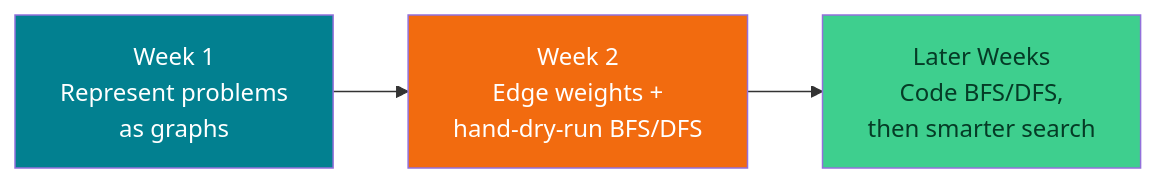
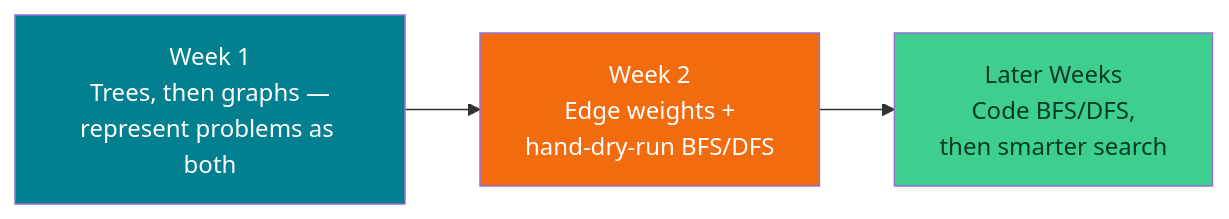
Before and after one commit to therishiraj/CSE276-AI-F: the second of 4 diagrams in Practicals/Week 1.md, drawn with Mermaid. The commit also changed other lines of this file, not shown here.

````diff
--- a/Practicals/Week 1.md
+++ b/Practicals/Week 1.md
@@ -71,8 +72,8 @@
 ```mermaid
 flowchart LR
-    W1["Week 1<br/>Represent problems<br/>as graphs"] --> W2["Week 2<br/>Edge weights +<br/>hand-dry-run BFS/DFS"]
+    W1["Week 1<br/>Trees, then graphs —<br/>represent problems as both"] --> W2["Week 2<br/>Edge weights +<br/>hand-dry-run BFS/DFS"]
     W2 --> W3["Later Weeks<br/>Code BFS/DFS,<br/>then smarter search"]
     style W1 fill:#028090,color:#fff
     style W2 fill:#F26B0F,color:#fff
     style W3 fill:#3ECF8E,color:#053b26
 ```
````
